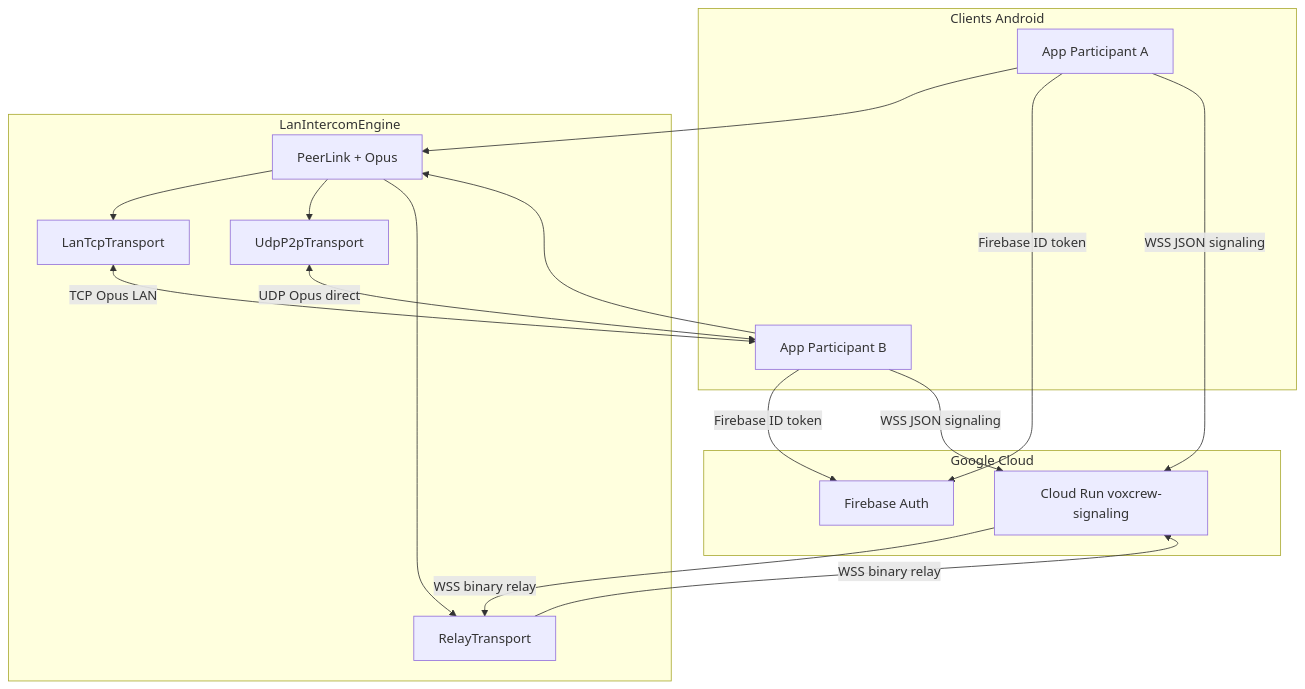
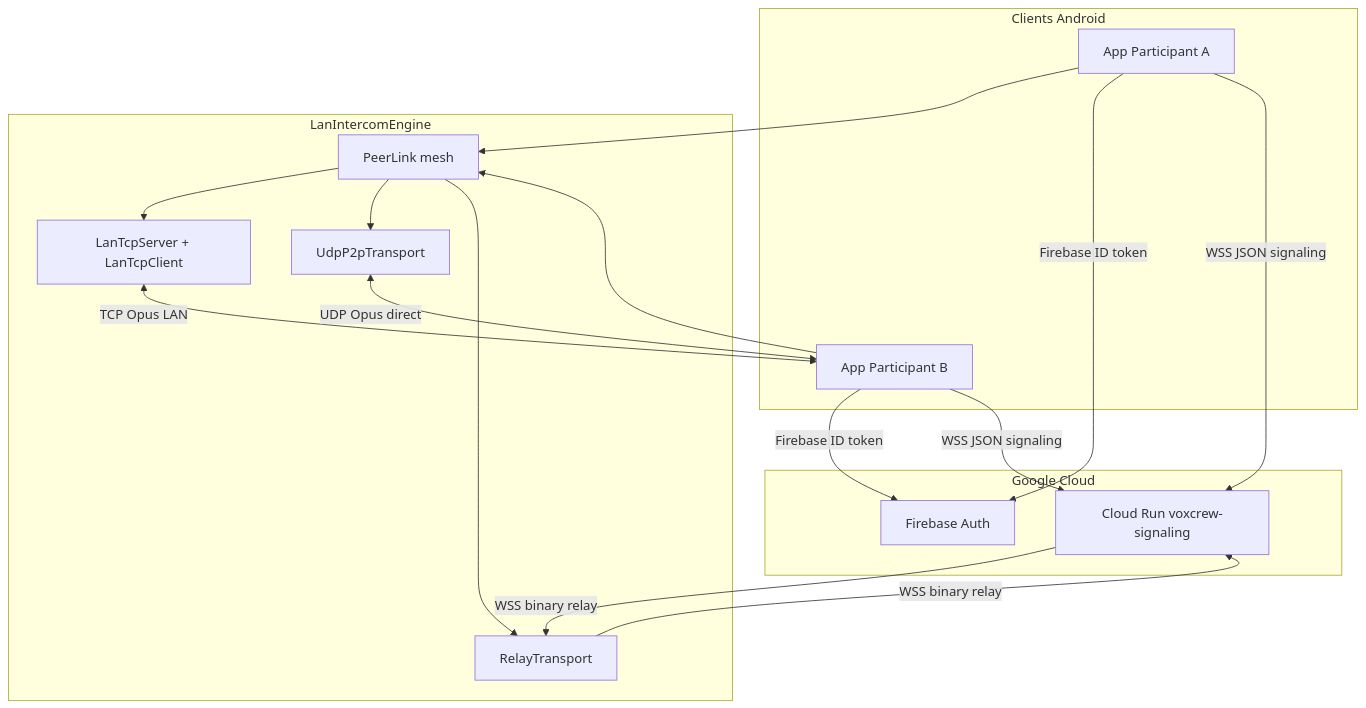
The first of 4 diagrams in docs/architecture.md (nblaisot/voxcrew), drawn with Mermaid before and after one commit. The commit also changed other lines of this file and 15 other files, not shown here.

First line of the commit message:
feat(android): enable multi-recipient group intercom via client-side mesh

````diff
--- a/docs/architecture.md
+++ b/docs/architecture.md
@@ -5,30 +5,30 @@
 ```mermaid
 flowchart TB
   subgraph clients [Clients Android]
     AppA[App Participant A]
     AppB[App Participant B]
   end
   subgraph lanlink [LanIntercomEngine]
-    PL[PeerLink + Opus]
-    LAN[LanTcpTransport]
+    PL[PeerLink mesh]
+    LAN[LanTcpServer + LanTcpClient]
     UDP[UdpP2pTransport]
     REL[RelayTransport]
   end
   subgraph gcp [Google Cloud]
     CR[Cloud Run voxcrew-signaling]
     FA[Firebase Auth]
   end
   AppA --> PL
   AppB --> PL
   PL --> LAN
   PL --> UDP
   PL --> REL
   LAN <-->|TCP Opus LAN| AppB
   UDP <-->|UDP Opus direct| AppB
   REL -->|WSS binary relay| CR
   CR -->|WSS binary relay| REL
   AppA -->|Firebase ID token| FA
   AppB -->|Firebase ID token| FA
   AppA -->|WSS JSON signaling| CR
   AppB -->|WSS JSON signaling| CR
 ```
````
